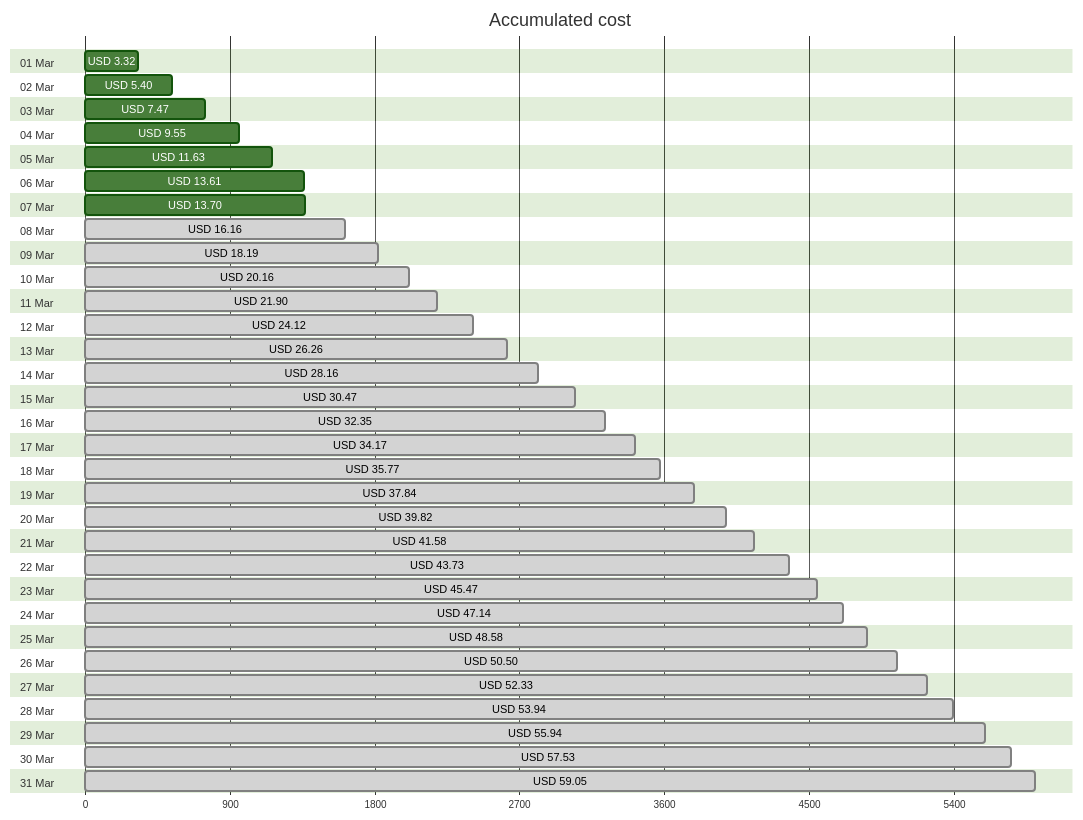
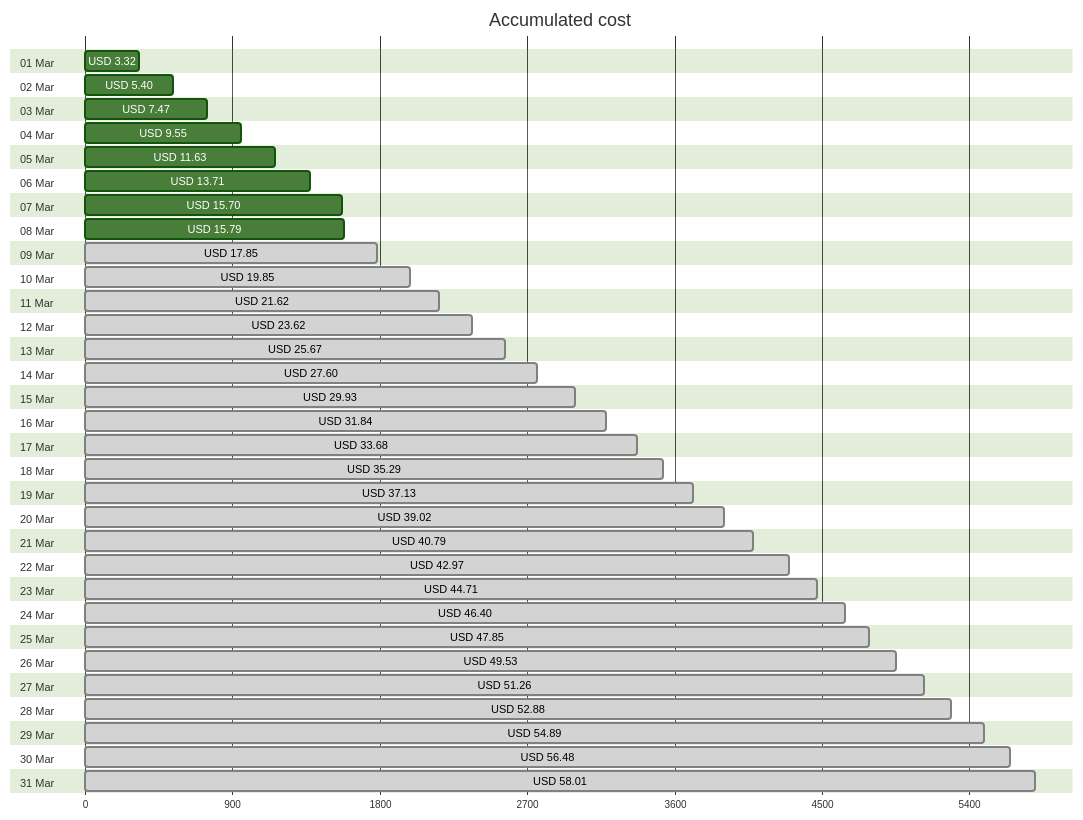
The first of 4 diagrams in cost-reports/accumulated-cost.md (jpfulton/azure-personal-reports), drawn with Mermaid (forest theme) before and after one commit. The commit also changed other lines of this file and 4 other files, not shown here.

````diff
--- a/cost-reports/accumulated-cost.md
+++ b/cost-reports/accumulated-cost.md
@@ -20,68 +20,68 @@
 ```mermaid
 gantt
    title Accumulated cost
    dateFormat  X
    axisFormat %s
    section 01 Mar
    USD 3.32 :0, 332
    section 02 Mar
    USD 5.40 :0, 540
    section 03 Mar
    USD 7.47 :0, 747
    section 04 Mar
    USD 9.55 :0, 955
    section 05 Mar
    USD 11.63 :0, 1163
    section 06 Mar
-   USD 13.61 :0, 1361
+   USD 13.71 :0, 1371
    section 07 Mar
-   USD 13.70 :0, 1370
+   USD 15.70 :0, 1570
    section 08 Mar
-   USD 16.16 : done, 0, 1616
+   USD 15.79 :0, 1579
    section 09 Mar
-   USD 18.19 : done, 0, 1819
+   USD 17.85 : done, 0, 1785
    section 10 Mar
-   USD 20.16 : done, 0, 2016
+   USD 19.85 : done, 0, 1985
    section 11 Mar
-   USD 21.90 : done, 0, 2190
+   USD 21.62 : done, 0, 2162
    section 12 Mar
-   USD 24.12 : done, 0, 2412
+   USD 23.62 : done, 0, 2362
    section 13 Mar
-   USD 26.26 : done, 0, 2626
+   USD 25.67 : done, 0, 2567
    section 14 Mar
-   USD 28.16 : done, 0, 2816
+   USD 27.60 : done, 0, 2760
    section 15 Mar
-   USD 30.47 : done, 0, 3047
+   USD 29.93 : done, 0, 2993
    section 16 Mar
-   USD 32.35 : done, 0, 3235
+   USD 31.84 : done, 0, 3184
    section 17 Mar
-   USD 34.17 : done, 0, 3417
+   USD 33.68 : done, 0, 3368
    section 18 Mar
-   USD 35.77 : done, 0, 3577
+   USD 35.29 : done, 0, 3529
    section 19 Mar
-   USD 37.84 : done, 0, 3784
+   USD 37.13 : done, 0, 3713
    section 20 Mar
-   USD 39.82 : done, 0, 3982
+   USD 39.02 : done, 0, 3902
    section 21 Mar
-   USD 41.58 : done, 0, 4158
+   USD 40.79 : done, 0, 4079
    section 22 Mar
-   USD 43.73 : done, 0, 4373
+   USD 42.97 : done, 0, 4297
    section 23 Mar
-   USD 45.47 : done, 0, 4547
+   USD 44.71 : done, 0, 4471
    section 24 Mar
-   USD 47.14 : done, 0, 4714
+   USD 46.40 : done, 0, 4640
    section 25 Mar
-   USD 48.58 : done, 0, 4858
+   USD 47.85 : done, 0, 4785
    section 26 Mar
-   USD 50.50 : done, 0, 5050
+   USD 49.53 : done, 0, 4953
    section 27 Mar
-   USD 52.33 : done, 0, 5233
+   USD 51.26 : done, 0, 5126
    section 28 Mar
-   USD 53.94 : done, 0, 5394
+   USD 52.88 : done, 0, 5288
    section 29 Mar
-   USD 55.94 : done, 0, 5594
+   USD 54.89 : done, 0, 5489
    section 30 Mar
-   USD 57.53 : done, 0, 5753
+   USD 56.48 : done, 0, 5648
    section 31 Mar
-   USD 59.05 : done, 0, 5905
+   USD 58.01 : done, 0, 5801
 ```
````
